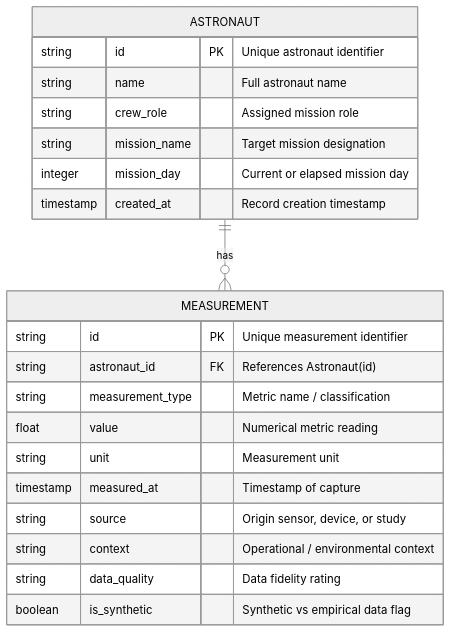
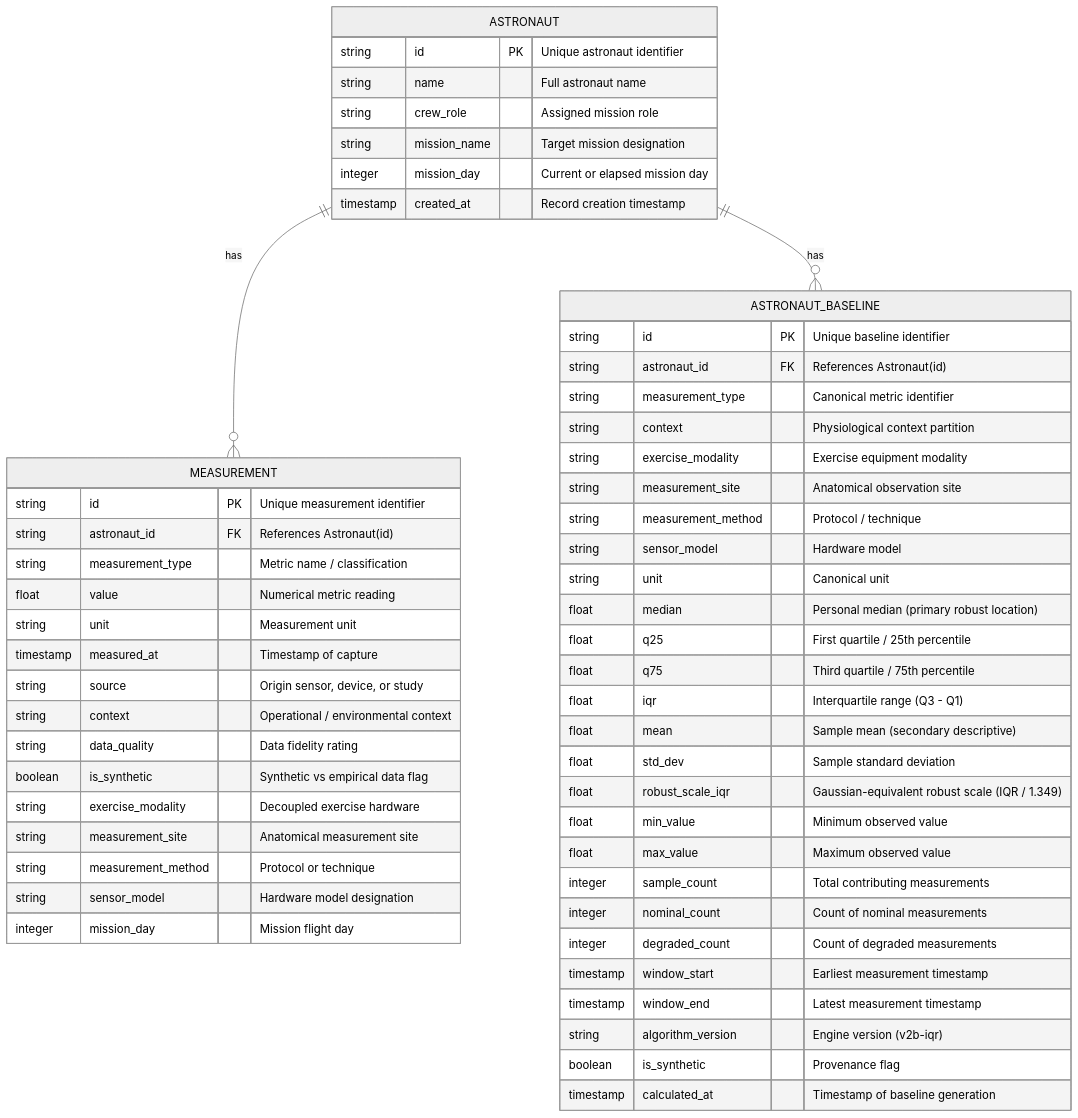
One commit to midhunsiby7/nasa-space-apps-2026 changed the diagram in docs/architecture/DATABASE_SCHEMA.md. Above: the diagram before and after it, drawn with Mermaid (neutral theme). The commit also changed other lines of this file and 13 other files, not shown here.

Commit message:
feat(backend): implement personal baseline calculation engine

````diff
--- a/docs/architecture/DATABASE_SCHEMA.md
+++ b/docs/architecture/DATABASE_SCHEMA.md
@@ -14,26 +14,61 @@
 ```mermaid
 erDiagram
     ASTRONAUT ||--o{ MEASUREMENT : "has"
+    ASTRONAUT ||--o{ ASTRONAUT_BASELINE : "has"
 
     ASTRONAUT {
         string id PK "Unique astronaut identifier"
         string name "Full astronaut name"
         string crew_role "Assigned mission role"
         string mission_name "Target mission designation"
         integer mission_day "Current or elapsed mission day"
         timestamp created_at "Record creation timestamp"
     }
 
     MEASUREMENT {
         string id PK "Unique measurement identifier"
         string astronaut_id FK "References Astronaut(id)"
         string measurement_type "Metric name / classification"
         float value "Numerical metric reading"
         string unit "Measurement unit"
         timestamp measured_at "Timestamp of capture"
         string source "Origin sensor, device, or study"
         string context "Operational / environmental context"
         string data_quality "Data fidelity rating"
         boolean is_synthetic "Synthetic vs empirical data flag"
+        string exercise_modality "Decoupled exercise hardware"
+        string measurement_site "Anatomical measurement site"
+        string measurement_method "Protocol or technique"
+        string sensor_model "Hardware model designation"
+        integer mission_day "Mission flight day"
+    }
+
+    ASTRONAUT_BASELINE {
+        string id PK "Unique baseline identifier"
+        string astronaut_id FK "References Astronaut(id)"
+        string measurement_type "Canonical metric identifier"
+        string context "Physiological context partition"
+        string exercise_modality "Exercise equipment modality"
+        string measurement_site "Anatomical observation site"
+        string measurement_method "Protocol / technique"
+        string sensor_model "Hardware model"
+        string unit "Canonical unit"
+        float median "Personal median (primary robust location)"
+        float q25 "First quartile / 25th percentile"
+        float q75 "Third quartile / 75th percentile"
+        float iqr "Interquartile range (Q3 - Q1)"
+        float mean "Sample mean (secondary descriptive)"
+        float std_dev "Sample standard deviation"
+        float robust_scale_iqr "Gaussian-equivalent robust scale (IQR / 1.349)"
+        float min_value "Minimum observed value"
+        float max_value "Maximum observed value"
+        integer sample_count "Total contributing measurements"
+        integer nominal_count "Count of nominal measurements"
+        integer degraded_count "Count of degraded measurements"
+        timestamp window_start "Earliest measurement timestamp"
+        timestamp window_end "Latest measurement timestamp"
+        string algorithm_version "Engine version (v2b-iqr)"
+        boolean is_synthetic "Provenance flag"
+        timestamp calculated_at "Timestamp of baseline generation"
     }
 ```
````
